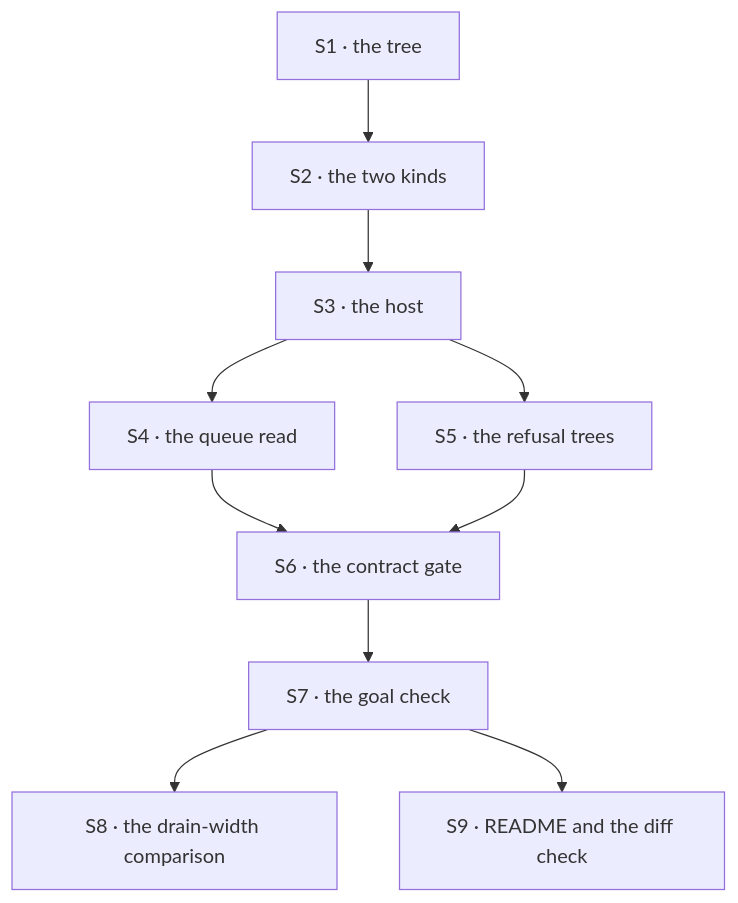
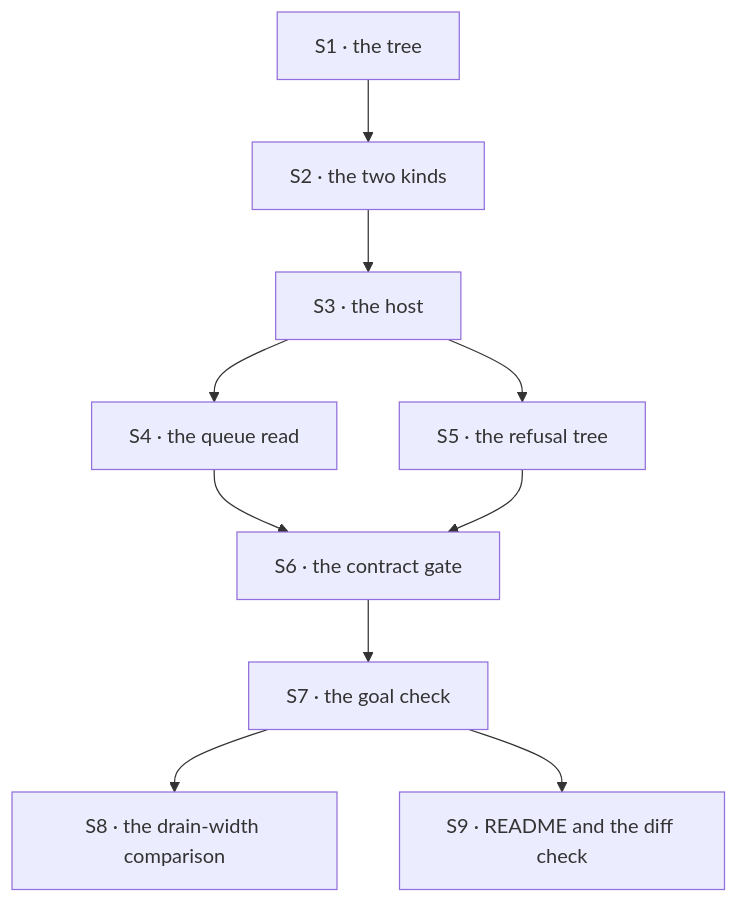
One commit to fixpoint-labs/flow-state-dev changed the diagram in spec/FIX-1430/PLAN.md. Above: the diagram before and after it, drawn with Mermaid. The commit also changed other lines of this file and 4 other files, not shown here.

````diff
--- a/spec/FIX-1430/PLAN.md
+++ b/spec/FIX-1430/PLAN.md
@@ -31,12 +31,12 @@
 ```mermaid
 flowchart TD
   S1["S1 · the tree"] --> S2["S2 · the two kinds"]
   S2 --> S3["S3 · the host"]
   S3 --> S4["S4 · the queue read"]
-  S3 --> S5["S5 · the refusal trees"]
+  S3 --> S5["S5 · the refusal tree"]
   S4 --> S6["S6 · the contract gate"]
   S5 --> S6
   S6 --> S7["S7 · the goal check"]
   S7 --> S8["S8 · the drain-width comparison"]
   S7 --> S9["S9 · README and the diff check"]
 ```
````
